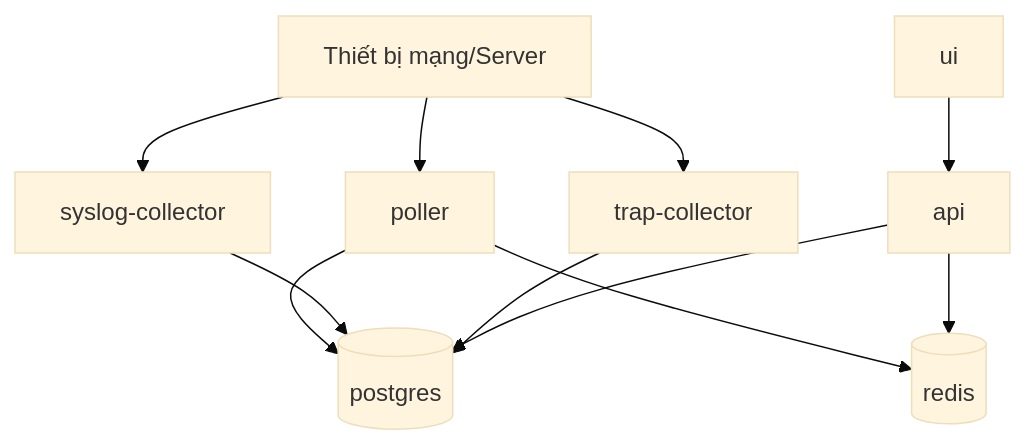
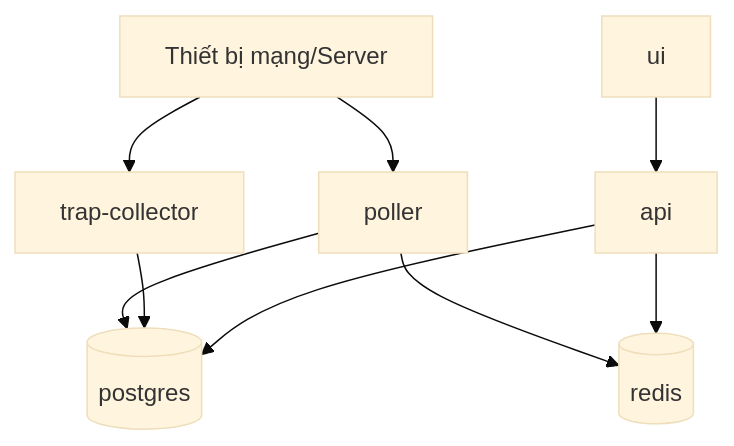
The second of 3 diagrams in deploy/SCALING-ARCHITECTURE-DOCKER.md (princetin97/NOC), drawn with Mermaid (base theme) before and after one commit. The commit also changed other lines of this file and 12 other files, not shown here.

Commit message:
chore: remove syslog collector and migrate to trap-only runtime

````diff
--- a/deploy/SCALING-ARCHITECTURE-DOCKER.md
+++ b/deploy/SCALING-ARCHITECTURE-DOCKER.md
@@ -81,13 +80,11 @@
 ```mermaid
 flowchart TD
   DEV[Thiết bị mạng/Server] --> POLL[poller]
-  DEV --> SYS[syslog-collector]
   DEV --> TRAP[trap-collector]
   POLL --> PG[(postgres)]
-  SYS --> PG
   TRAP --> PG
   POLL --> REDIS[(redis)]
   API[api] --> PG
   API --> REDIS
   UI[ui] --> API
 ```
````
